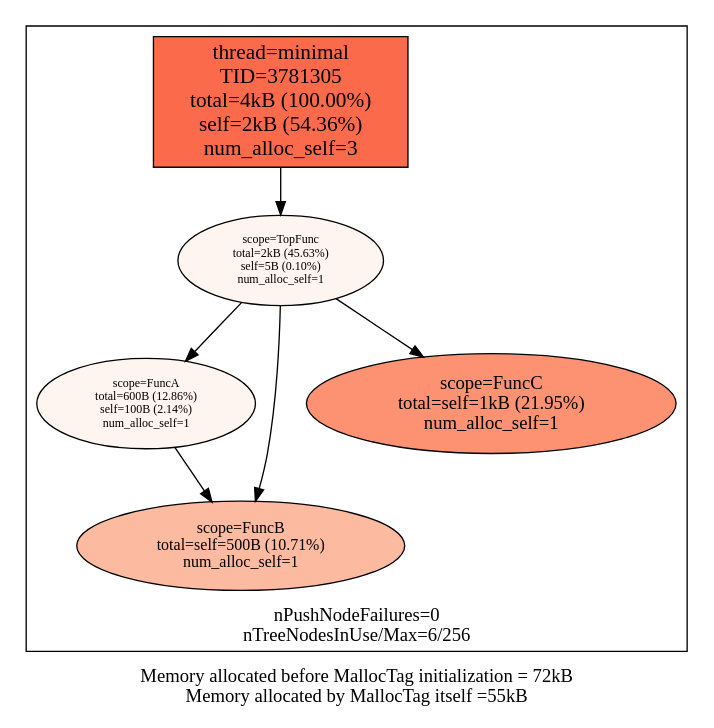
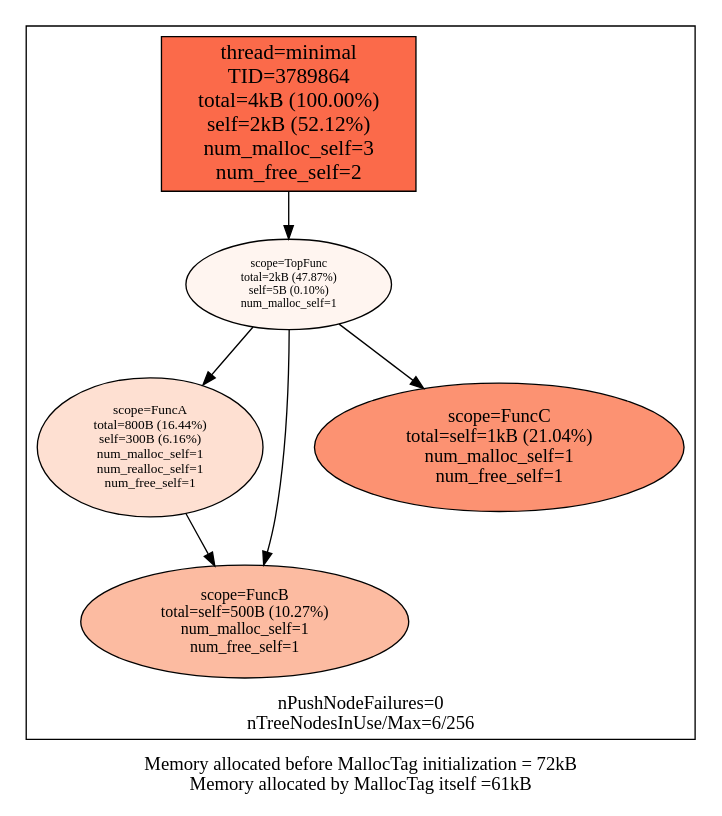
One commit to f18m/malloc-tag changed the diagram in examples/minimal/minimal_stats.dot. Above: the diagram before and after it, drawn with Graphviz. The commit also changed 12 other files, not shown here.

Commit message:
Hook more primitives like realloc, calloc and free Provide stats about each type of operation

```diff
--- a/examples/minimal/minimal_stats.dot
+++ b/examples/minimal/minimal_stats.dot
@@ -1,22 +1,22 @@
 digraph MallocTree {
 node [colorscheme=reds9 style=filled]
 labelloc="b"
-label="Memory allocated before MallocTag initialization = 72kB\nMemory allocated by MallocTag itself =55kB\n"
-subgraph cluster_TID3781305 {
+label="Memory allocated before MallocTag initialization = 72kB\nMemory allocated by MallocTag itself =61kB\n"
+subgraph cluster_TID3789864 {
 node [colorscheme=reds9 style=filled]
 labelloc="b"
 label="nPushNodeFailures=0\nnTreeNodesInUse/Max=6/256\n"
-"3781305_minimal" [label="thread=minimal\nTID=3781305\ntotal=4kB (100.00%)\nself=2kB (54.36%)\nnum_alloc_self=3" shape=box fillcolor=5 fontsize=16]
-"3781305_minimal" -> "3781305_TopFunc"
-"3781305_TopFunc" [label="scope=TopFunc\ntotal=2kB (45.63%)\nself=5B (0.10%)\nnum_alloc_self=1" fillcolor=1 fontsize=9]
-"3781305_TopFunc" -> "3781305_FuncA"
-"3781305_TopFunc" -> "3781305_FuncB"
-"3781305_TopFunc" -> "3781305_FuncC"
-"3781305_FuncA" [label="scope=FuncA\ntotal=600B (12.86%)\nself=100B (2.14%)\nnum_alloc_self=1" fillcolor=1 fontsize=9]
-"3781305_FuncA" -> "3781305_FuncB"
-"3781305_FuncB" [label="scope=FuncB\ntotal=self=500B (10.71%)\nnum_alloc_self=1" fillcolor=3 fontsize=12]
-"3781305_FuncB" [label="scope=FuncB\ntotal=self=500B (10.71%)\nnum_alloc_self=1" fillcolor=3 fontsize=12]
-"3781305_FuncC" [label="scope=FuncC\ntotal=self=1kB (21.95%)\nnum_alloc_self=1" fillcolor=4 fontsize=14]
+"3789864_minimal" [label="thread=minimal\nTID=3789864\ntotal=4kB (100.00%)\nself=2kB (52.12%)\nnum_malloc_self=3\nnum_free_self=2" shape=box fillcolor=5 fontsize=16]
+"3789864_minimal" -> "3789864_TopFunc"
+"3789864_TopFunc" [label="scope=TopFunc\ntotal=2kB (47.87%)\nself=5B (0.10%)\nnum_malloc_self=1" fillcolor=1 fontsize=9]
+"3789864_TopFunc" -> "3789864_FuncA"
+"3789864_TopFunc" -> "3789864_FuncB"
+"3789864_TopFunc" -> "3789864_FuncC"
+"3789864_FuncA" [label="scope=FuncA\ntotal=800B (16.44%)\nself=300B (6.16%)\nnum_malloc_self=1\nnum_realloc_self=1\nnum_free_self=1" fillcolor=2 fontsize=10]
+"3789864_FuncA" -> "3789864_FuncB"
+"3789864_FuncB" [label="scope=FuncB\ntotal=self=500B (10.27%)\nnum_malloc_self=1\nnum_free_self=1" fillcolor=3 fontsize=12]
+"3789864_FuncB" [label="scope=FuncB\ntotal=self=500B (10.27%)\nnum_malloc_self=1\nnum_free_self=1" fillcolor=3 fontsize=12]
+"3789864_FuncC" [label="scope=FuncC\ntotal=self=1kB (21.04%)\nnum_malloc_self=1\nnum_free_self=1" fillcolor=4 fontsize=14]
 }
 
 }
```
